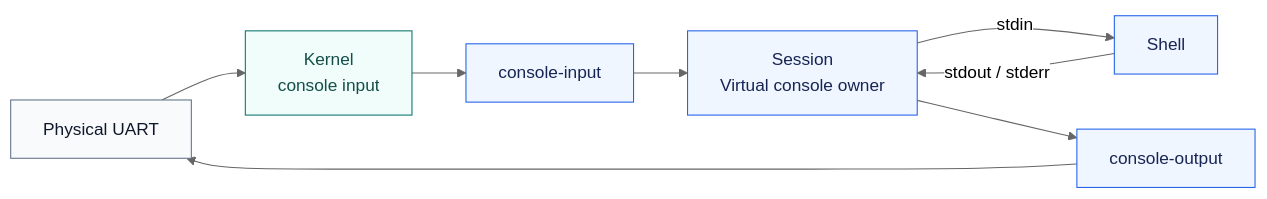
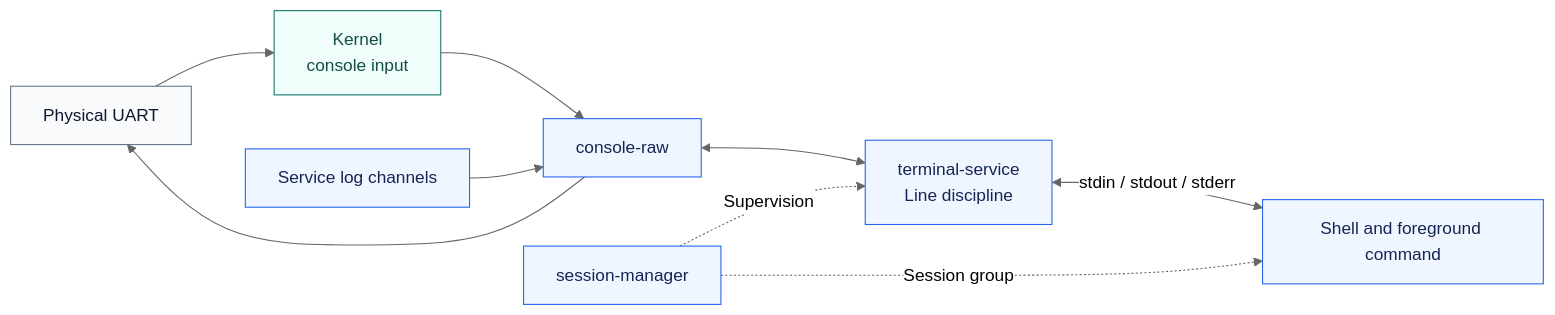
Before and after one commit to HypeR-Proj/HypeR: the eighth of 9 diagrams in docs/reading-the-code.md, drawn with Mermaid (neutral theme). The commit also changed other lines of this file and 175 other files, not shown here.

````diff
--- a/docs/reading-the-code.md
+++ b/docs/reading-the-code.md
@@ -659,16 +660,17 @@
 ```mermaid
 flowchart LR
     uart["Physical UART"] --> receive["Kernel<br/>console input"]
-    receive --> input["console-input"]
-    input --> session["Session<br/>Virtual console owner"]
-    session -->|stdin| shell["Shell"]
-    shell -->|stdout / stderr| session
-    session --> output["console-output"]
-    output --> uart
-    class input,session,shell,output app
+    receive --> raw["console-raw"]
+    raw <--> terminal["terminal-service<br/>Line discipline"]
+    terminal <-->|stdin / stdout / stderr| shell["Shell and foreground command"]
+    manager["session-manager"] -.->|Supervision| terminal
+    manager -.->|Session group| shell
+    logs["Service log channels"] --> raw
+    raw --> uart
+    class raw,terminal,manager,logs,shell app
     class receive core
     class uart machine
     classDef app fill:#eff6ff,stroke:#2563eb,color:#172554
     classDef core fill:#f0fdfa,stroke:#0f766e,color:#134e4a
     classDef machine fill:#f8fafc,stroke:#64748b,color:#0f172a
 ```
````
